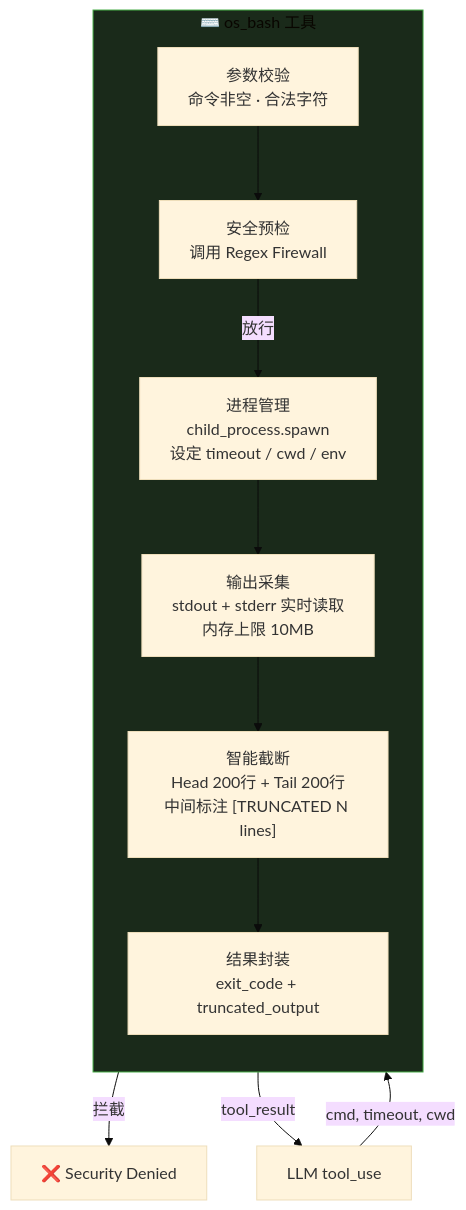
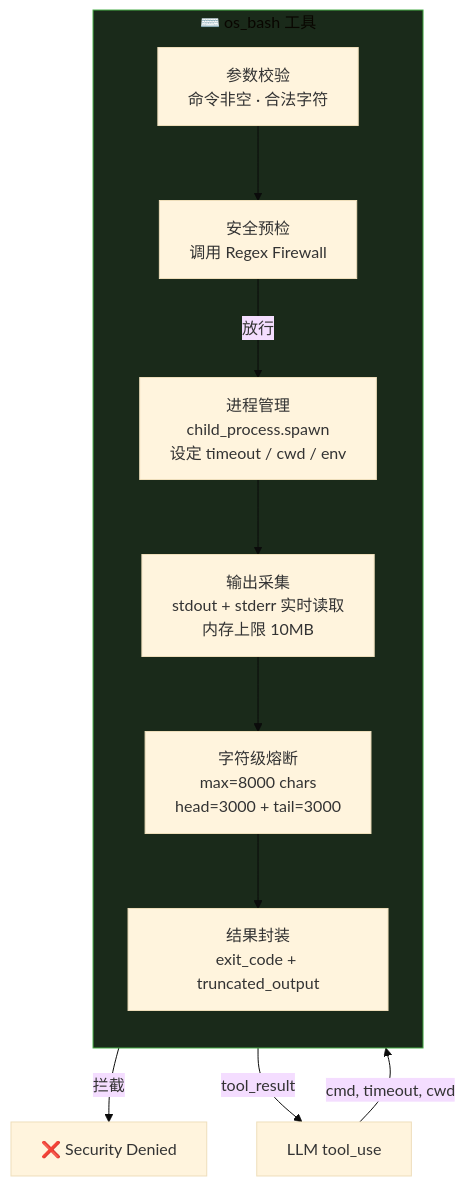
Before and after one commit to Yidhar/Embla_System: the third of 17 diagrams in doc/12-limbs-layer-modules.md, drawn with Mermaid (base theme). The commit also changed other lines of this file and 16 other files, not shown here.

First line of the commit message:
feat: Refactor architecture documentation for Brainstem, Brain, and Limbs layers

````diff
--- a/doc/12-limbs-layer-modules.md
+++ b/doc/12-limbs-layer-modules.md
@@ -164,23 +204,23 @@
 ```mermaid
 flowchart TB
     subgraph OsBash["⌨️ os_bash 工具"]
         direction TB
         VALIDATE["参数校验<br/>命令非空 · 合法字符"]
         SECURITY["安全预检<br/>调用 Regex Firewall"]
         SPAWN["进程管理<br/>child_process.spawn<br/>设定 timeout / cwd / env"]
         STREAM["输出采集<br/>stdout + stderr 实时读取<br/>内存上限 10MB"]
-        TRUNCATE["智能截断<br/>Head 200行 + Tail 200行<br/>中间标注 [TRUNCATED N lines]"]
+        TRUNCATE["字符级熔断<br/>max=8000 chars<br/>head=3000 + tail=3000"]
         FORMAT["结果封装<br/>exit_code + truncated_output"]
     end
 
     LLM["LLM tool_use"] -->|"cmd, timeout, cwd"| VALIDATE
     VALIDATE --> SECURITY
     SECURITY -->|"放行"| SPAWN
     SECURITY -->|"拦截"| ERROR["❌ Security Denied"]
     SPAWN --> STREAM
     STREAM --> TRUNCATE
     TRUNCATE --> FORMAT
     FORMAT -->|"tool_result"| LLM
 
     style OsBash fill:#1a2a1a,stroke:#44aa44
 ```
````
